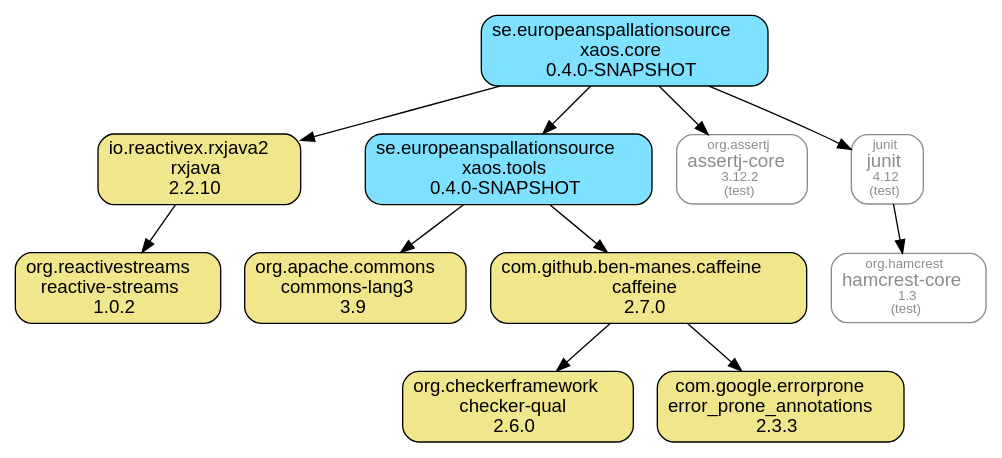
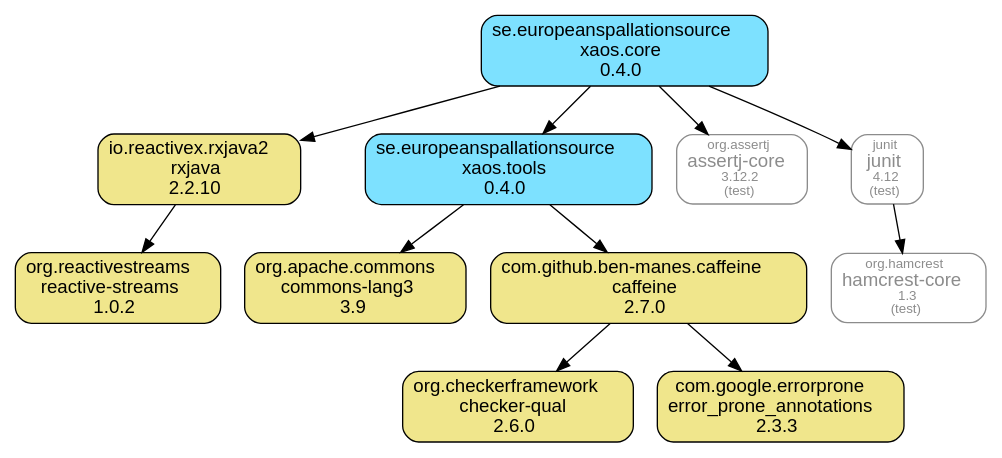
The diagram in xaos.core.module/doc/maven-dependencies.dot (ESSICS/XAOS), drawn with Graphviz before and after one commit. The commit also changed 35 other files, not shown here.

```diff
--- a/xaos.core.module/doc/maven-dependencies.dot
+++ b/xaos.core.module/doc/maven-dependencies.dot
@@ -1,29 +1,29 @@
 digraph "xaos.core" {
   node [shape="box",style="rounded",fontname="Helvetica",fontsize="14"]
   edge [fontsize="10",fontname="Helvetica"]
 
   // Node Definitions:
   "io.reactivex.rxjava2:rxjava:jar"[shape="box",style="rounded, filled",fillcolor="khaki",label=<io.reactivex.rxjava2<br/>rxjava<br/>2.2.10>]
   "org.reactivestreams:reactive-streams:jar"[shape="box",style="rounded, filled",fillcolor="khaki",label=<org.reactivestreams<br/>reactive-streams<br/>1.0.2>]
-  "se.europeanspallationsource:xaos.core:jar"[shape="box",style="rounded, filled",fillcolor="#7DE1FF",label=<se.europeanspallationsource<br/>xaos.core<br/>0.4.0-SNAPSHOT>]
-  "se.europeanspallationsource:xaos.tools:jar"[shape="box",style="rounded, filled",fillcolor="#7DE1FF",label=<se.europeanspallationsource<br/>xaos.tools<br/>0.4.0-SNAPSHOT>]
+  "se.europeanspallationsource:xaos.core:jar"[shape="box",style="rounded, filled",fillcolor="#7DE1FF",label=<se.europeanspallationsource<br/>xaos.core<br/>0.4.0>]
+  "se.europeanspallationsource:xaos.tools:jar"[shape="box",style="rounded, filled",fillcolor="#7DE1FF",label=<se.europeanspallationsource<br/>xaos.tools<br/>0.4.0>]
   "org.apache.commons:commons-lang3:jar"[shape="box",style="rounded, filled",fillcolor="khaki",label=<org.apache.commons<br/>commons-lang3<br/>3.9>]
   "com.github.ben-manes.caffeine:caffeine:jar"[shape="box",style="rounded, filled",fillcolor="khaki",label=<com.github.ben-manes.caffeine<br/>caffeine<br/>2.7.0>]
   "org.checkerframework:checker-qual:jar"[shape="box",style="rounded, filled",fillcolor="khaki",label=<org.checkerframework<br/>checker-qual<br/>2.6.0>]
   "com.google.errorprone:error_prone_annotations:jar"[shape="box",style="rounded, filled",fillcolor="khaki",label=<com.google.errorprone<br/>error_prone_annotations<br/>2.3.3>]
   "org.assertj:assertj-core:jar"[shape="box",style="rounded",color="grey55",fontname="Helvetica",fontsize="14",fontcolor="grey55",label=<<font color="grey55" point-size="10">org.assertj</font><br/>assertj-core<font color="grey55" point-size="10"><br/>3.12.2</font><font color="grey55" point-size="10"><br/>(test)</font>>]
   "junit:junit:jar"[shape="box",style="rounded",color="grey55",fontname="Helvetica",fontsize="14",fontcolor="grey55",label=<<font color="grey55" point-size="10">junit</font><br/>junit<font color="grey55" point-size="10"><br/>4.12</font><font color="grey55" point-size="10"><br/>(test)</font>>]
   "org.hamcrest:hamcrest-core:jar"[shape="box",style="rounded",color="grey55",fontname="Helvetica",fontsize="14",fontcolor="grey55",label=<<font color="grey55" point-size="10">org.hamcrest</font><br/>hamcrest-core<font color="grey55" point-size="10"><br/>1.3</font><font color="grey55" point-size="10"><br/>(test)</font>>]
 
   // Edge Definitions:
   "io.reactivex.rxjava2:rxjava:jar" -> "org.reactivestreams:reactive-streams:jar"
   "se.europeanspallationsource:xaos.core:jar" -> "io.reactivex.rxjava2:rxjava:jar"
   "se.europeanspallationsource:xaos.tools:jar" -> "org.apache.commons:commons-lang3:jar"
   "com.github.ben-manes.caffeine:caffeine:jar" -> "org.checkerframework:checker-qual:jar"
   "com.github.ben-manes.caffeine:caffeine:jar" -> "com.google.errorprone:error_prone_annotations:jar"
   "se.europeanspallationsource:xaos.tools:jar" -> "com.github.ben-manes.caffeine:caffeine:jar"
   "se.europeanspallationsource:xaos.core:jar" -> "se.europeanspallationsource:xaos.tools:jar"
   "se.europeanspallationsource:xaos.core:jar" -> "org.assertj:assertj-core:jar"
   "junit:junit:jar" -> "org.hamcrest:hamcrest-core:jar"
   "se.europeanspallationsource:xaos.core:jar" -> "junit:junit:jar"
 }
```
